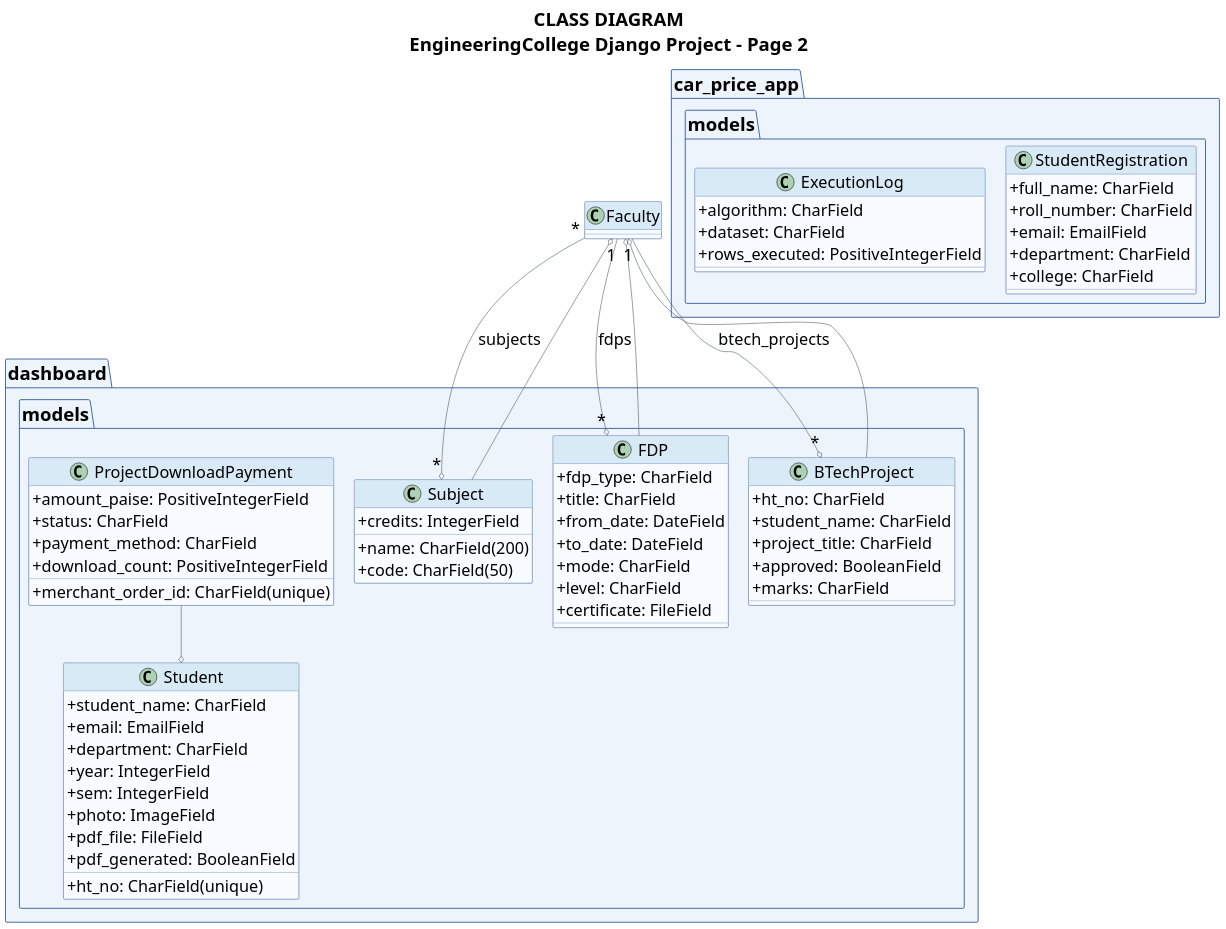
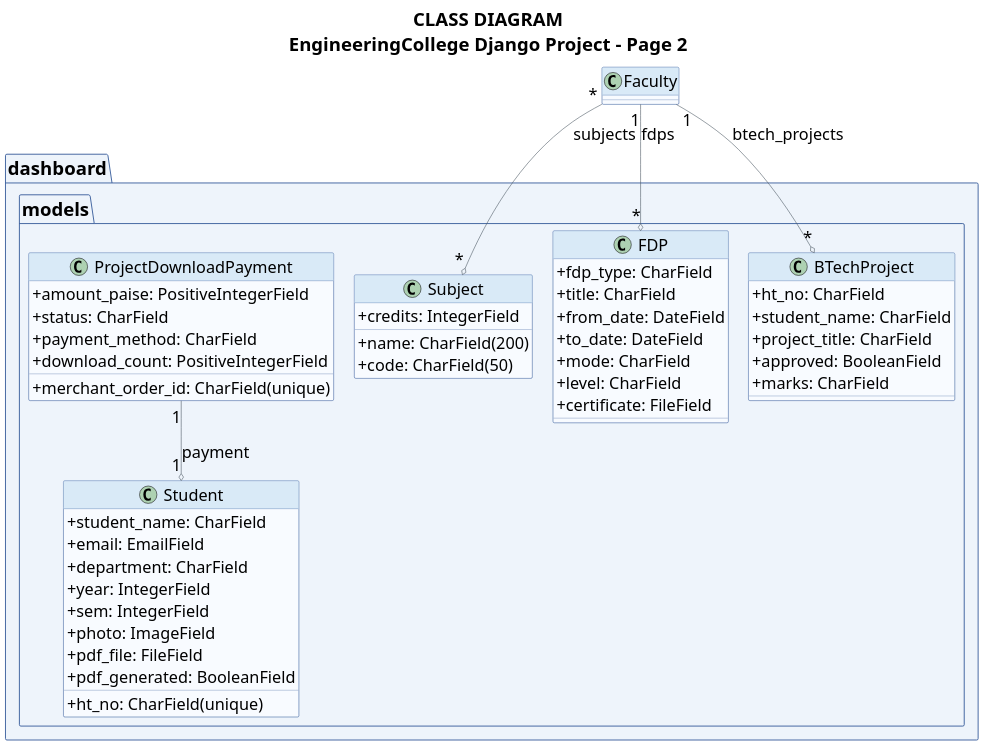
Before and after one commit to kvijanrk13/engineeringcollege: the diagram in project_domains/software-engineering/engineeringcollege-project/UML Diagrams/class_diagram_page2.puml, drawn with PlantUML. The commit also changed 6 other files, not shown here.

Commit message:
Refresh A4 UML diagrams: remove Car Price + PhonePe, add ER diagram, regen PNGs

```diff
--- a/project_domains/software-engineering/engineeringcollege-project/UML Diagrams/class_diagram_page2.puml
+++ b/project_domains/software-engineering/engineeringcollege-project/UML Diagrams/class_diagram_page2.puml
@@ -1,95 +1,76 @@
 @startuml
 title CLASS DIAGRAM\nEngineeringCollege Django Project - Page 2
 
 skinparam backgroundColor white
 skinparam handwritten false
 skinparam shadowing false
 skinparam classAttributeIconSize 0
 skinparam defaultFontName Arial
 skinparam defaultFontSize 28
 skinparam titleFontSize 32
 skinparam titleFontStyle bold
 skinparam class {
   BorderColor #2F5597
   BackgroundColor #F8FBFF
   HeaderBackgroundColor #D9EAF7
   ArrowColor #4F5B66
   FontSize 28
 }
 skinparam package {
   BorderColor #2F5597
   BackgroundColor #EEF4FB
   FontSize 32
   FontStyle bold
 }
 
 package "dashboard.models" {
   class Subject {
     +name: CharField(200)
     +code: CharField(50)
     +credits: IntegerField
   }
 
   class FDP {
     +fdp_type: CharField
     +title: CharField
     +from_date: DateField
     +to_date: DateField
     +mode: CharField
     +level: CharField
     +certificate: FileField
   }
 
   class BTechProject {
     +ht_no: CharField
     +student_name: CharField
     +project_title: CharField
     +approved: BooleanField
     +marks: CharField
   }
 
   class ProjectDownloadPayment {
     +merchant_order_id: CharField(unique)
     +amount_paise: PositiveIntegerField
     +status: CharField
     +payment_method: CharField
     +download_count: PositiveIntegerField
   }
 
   class Student {
     +ht_no: CharField(unique)
     +student_name: CharField
     +email: EmailField
     +department: CharField
     +year: IntegerField
     +sem: IntegerField
     +photo: ImageField
     +pdf_file: FileField
     +pdf_generated: BooleanField
   }
 }
 
-package "car_price_app.models" {
-  class StudentRegistration {
-    +full_name: CharField
-    +roll_number: CharField
-    +email: EmailField
-    +department: CharField
-    +college: CharField
-  }
-
-  class ExecutionLog {
-    +algorithm: CharField
-    +dataset: CharField
-    +rows_executed: PositiveIntegerField
-  }
-}
-
 Faculty "*" --o "*" Subject : subjects
 Faculty "1" --o "*" FDP : fdps
 Faculty "1" --o "*" BTechProject : btech_projects
-Subject --o Faculty
-FDP --o Faculty
-BTechProject --o Faculty
-ProjectDownloadPayment --o Student
+ProjectDownloadPayment "1" --o "1" Student : payment
 @enduml
```
